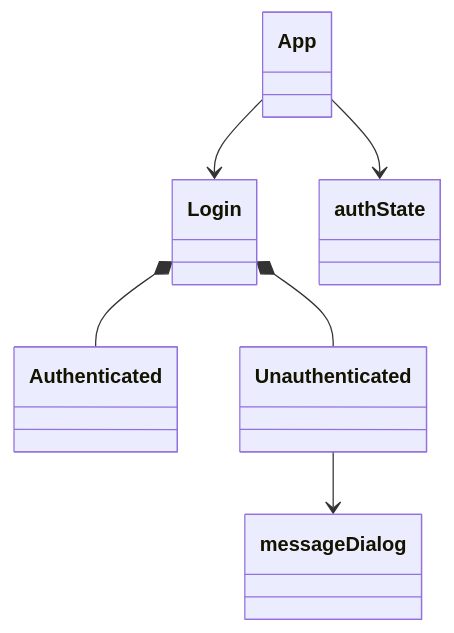
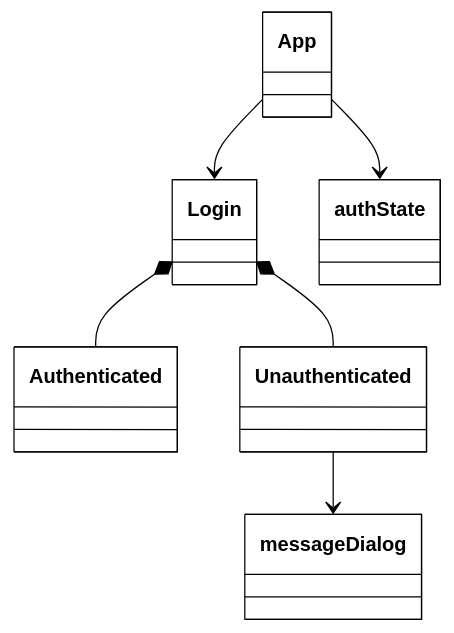
Before and after one commit to webprogramming260/webprogramming: the second of 2 diagrams in instruction/simon/simonReact/simonReactP2.md, drawn with Mermaid. The commit also changed other lines of this file and 189 other files, not shown here.

````diff
--- a/instruction/simon/simonReact/simonReactP2.md
+++ b/instruction/simon/simonReact/simonReactP2.md
@@ -199,8 +209,18 @@
 ```mermaid
+%%{init: {
+  "theme": "base",
+  "themeVariables": {
+    "primaryColor": "#ffffff",
+    "primaryBorderColor": "#000000",
+    "primaryTextColor": "#000000",
+    "lineColor": "#000000"
+  }
+}}%%
+
 classDiagram
   App --> Login
   Login *-- Authenticated
   Login *-- Unauthenticated
   Unauthenticated --> messageDialog
   App --> authState
 ```
````
